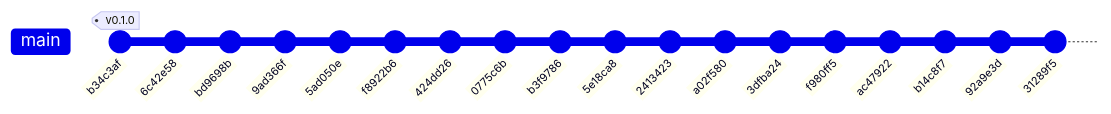
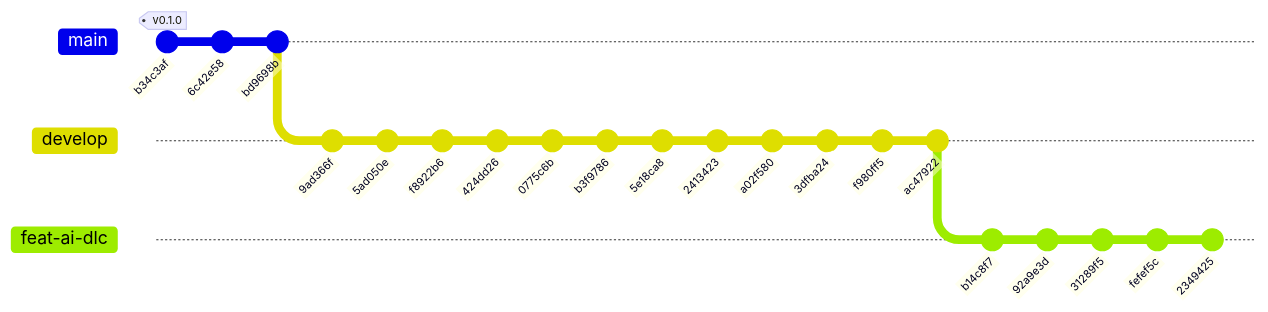
One commit to jeremialcala/ves-market-watch changed the diagram in docs/03-implementation/repo-history.md. Above: the diagram before and after it, drawn with Mermaid. The commit also changed other lines of this file and 2 other files, not shown here.

Commit message:
feat: Add multi-branch gitGraph generator and update repo history documentation

````diff
--- a/docs/03-implementation/repo-history.md
+++ b/docs/03-implementation/repo-history.md
@@ -20,21 +21,25 @@
 ```mermaid
 gitGraph
     commit id: "b34c3af" tag: "v0.1.0"
     commit id: "6c42e58"
     commit id: "bd9698b"
+    branch develop
     commit id: "9ad366f"
     commit id: "5ad050e"
     commit id: "f8922b6"
     commit id: "424dd26"
     commit id: "0775c6b"
     commit id: "b3f9786"
     commit id: "5e18ca8"
     commit id: "2413423"
     commit id: "a02f580"
     commit id: "3dfba24"
     commit id: "f980ff5"
     commit id: "ac47922"
+    branch feat-ai-dlc
     commit id: "b14c8f7"
     commit id: "92a9e3d"
     commit id: "31289f5"
+    commit id: "fefef5c"
+    commit id: "2349425"
 ```
````
